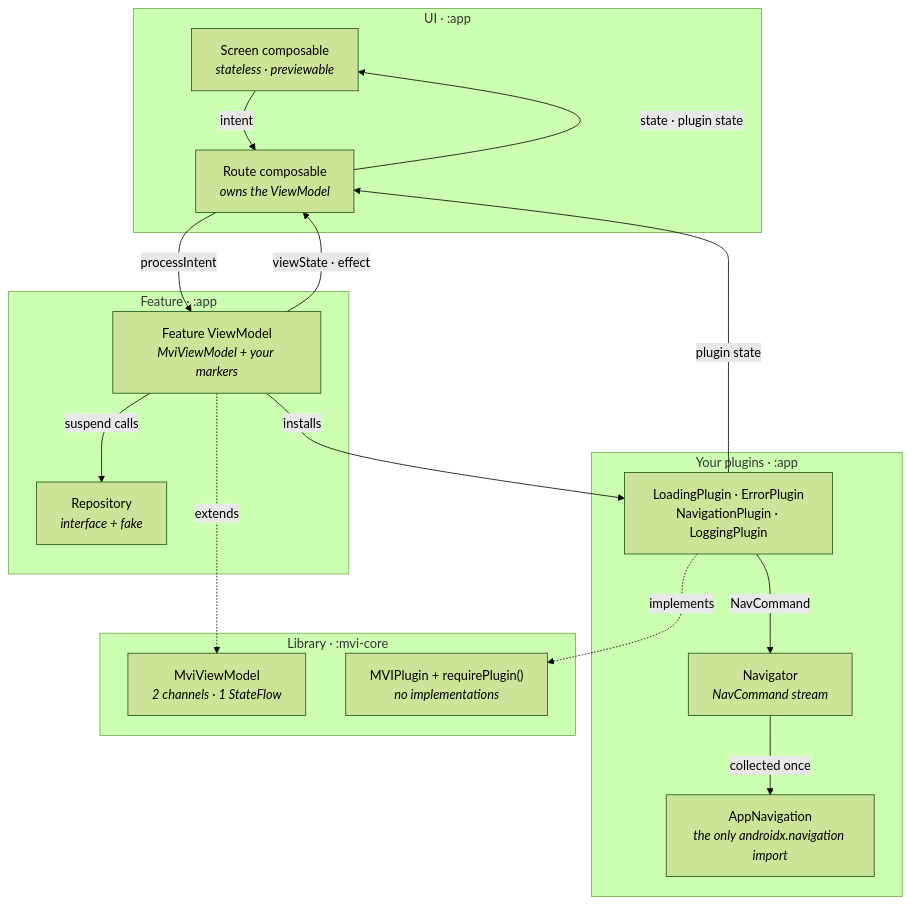
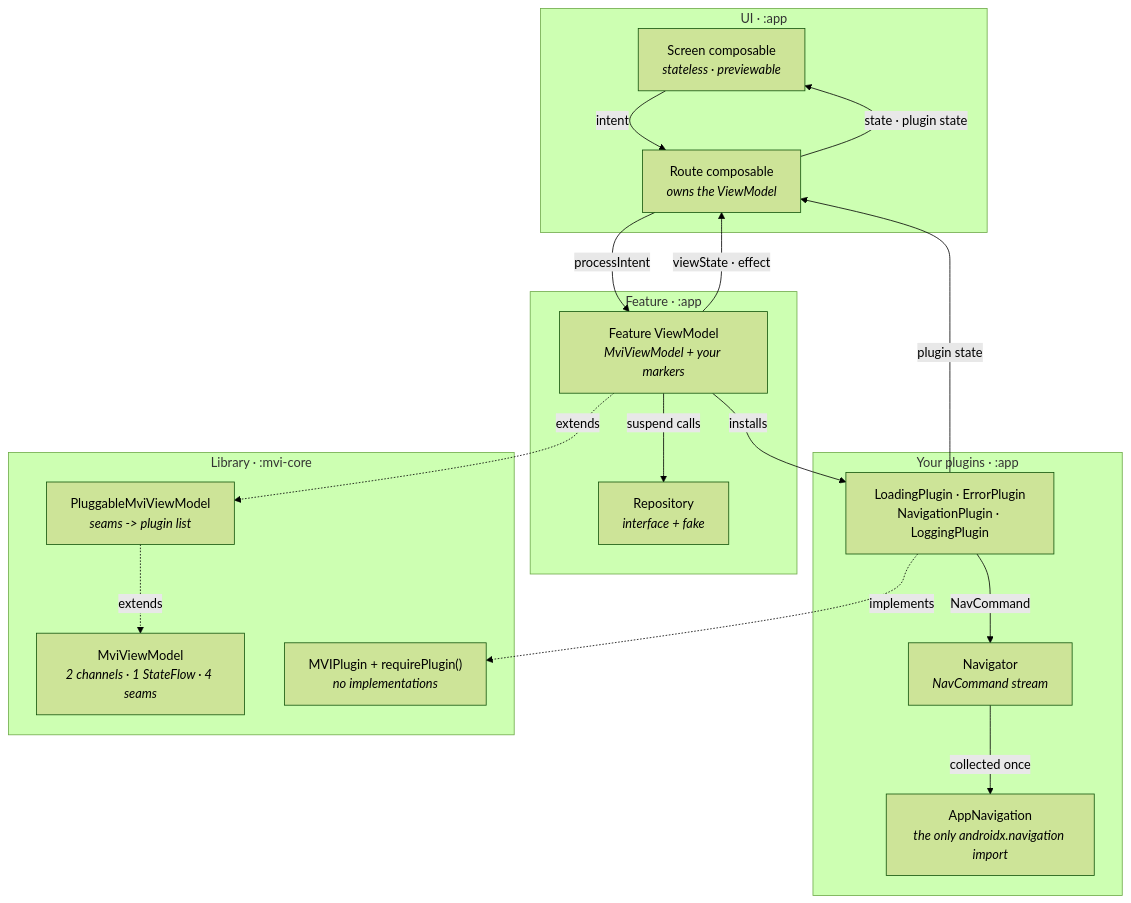
Before and after one commit to Alinasser96/MVIdelg: the third of 4 diagrams in README.md, drawn with Mermaid (forest theme). The commit also changed other lines of this file and 10 other files, not shown here.

First line of the commit message:
Split the base so plain MVI never mentions plugins

````diff
--- a/README.md
+++ b/README.md
@@ -340,35 +381,37 @@
 ```mermaid
 flowchart TB
     subgraph L1["UI · :app"]
         SCR["Screen composable<br/><i>stateless · previewable</i>"]
         RTE["Route composable<br/><i>owns the ViewModel</i>"]
     end
 
     subgraph L2["Feature · :app"]
         FVM["Feature ViewModel<br/><i>MviViewModel + your markers</i>"]
         REPO["Repository<br/><i>interface + fake</i>"]
     end
 
     subgraph L3["Your plugins · :app"]
         PLUG["LoadingPlugin · ErrorPlugin<br/>NavigationPlugin · LoggingPlugin"]
         NAVR["Navigator<br/><i>NavCommand stream</i>"]
         HOST["AppNavigation<br/><i>the only androidx.navigation import</i>"]
     end
 
     subgraph L4["Library · :mvi-core"]
-        BASE["MviViewModel<br/><i>2 channels · 1 StateFlow</i>"]
+        BASE["MviViewModel<br/><i>2 channels · 1 StateFlow · 4 seams</i>"]
+        PLG["PluggableMviViewModel<br/><i>seams -> plugin list</i>"]
         IFACE["MVIPlugin + requirePlugin()<br/><i>no implementations</i>"]
     end
 
     SCR -->|"intent"| RTE
     RTE -->|"state · plugin state"| SCR
     RTE -->|"processIntent"| FVM
     FVM -->|"viewState · effect"| RTE
     FVM -->|"suspend calls"| REPO
     FVM -->|"installs"| PLUG
     PLUG -->|"plugin state"| RTE
     PLUG -->|"NavCommand"| NAVR
     NAVR -->|"collected once"| HOST
-    FVM -.->|"extends"| BASE
+    FVM -.->|"extends"| PLG
+    PLG -.->|"extends"| BASE
     PLUG -.->|"implements"| IFACE
 ```
````
